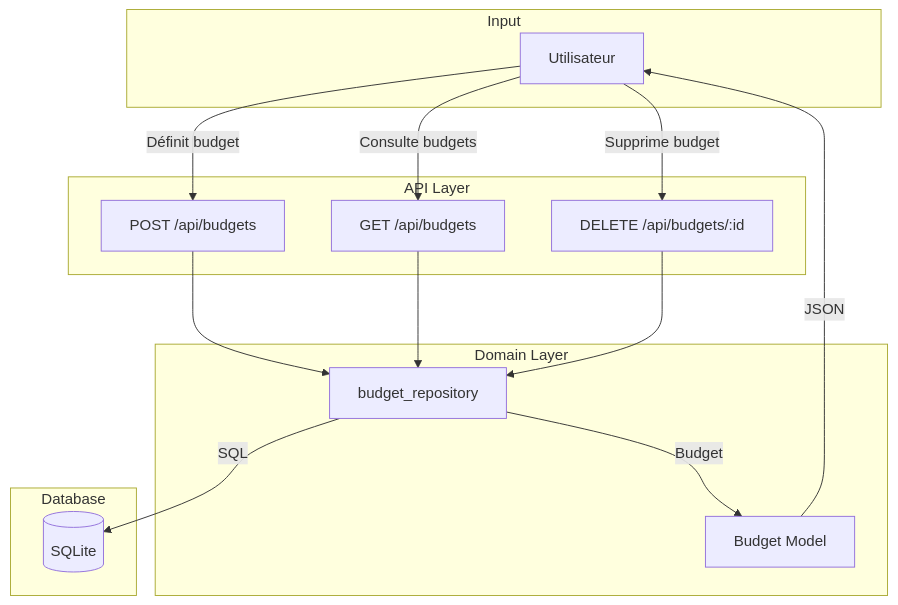
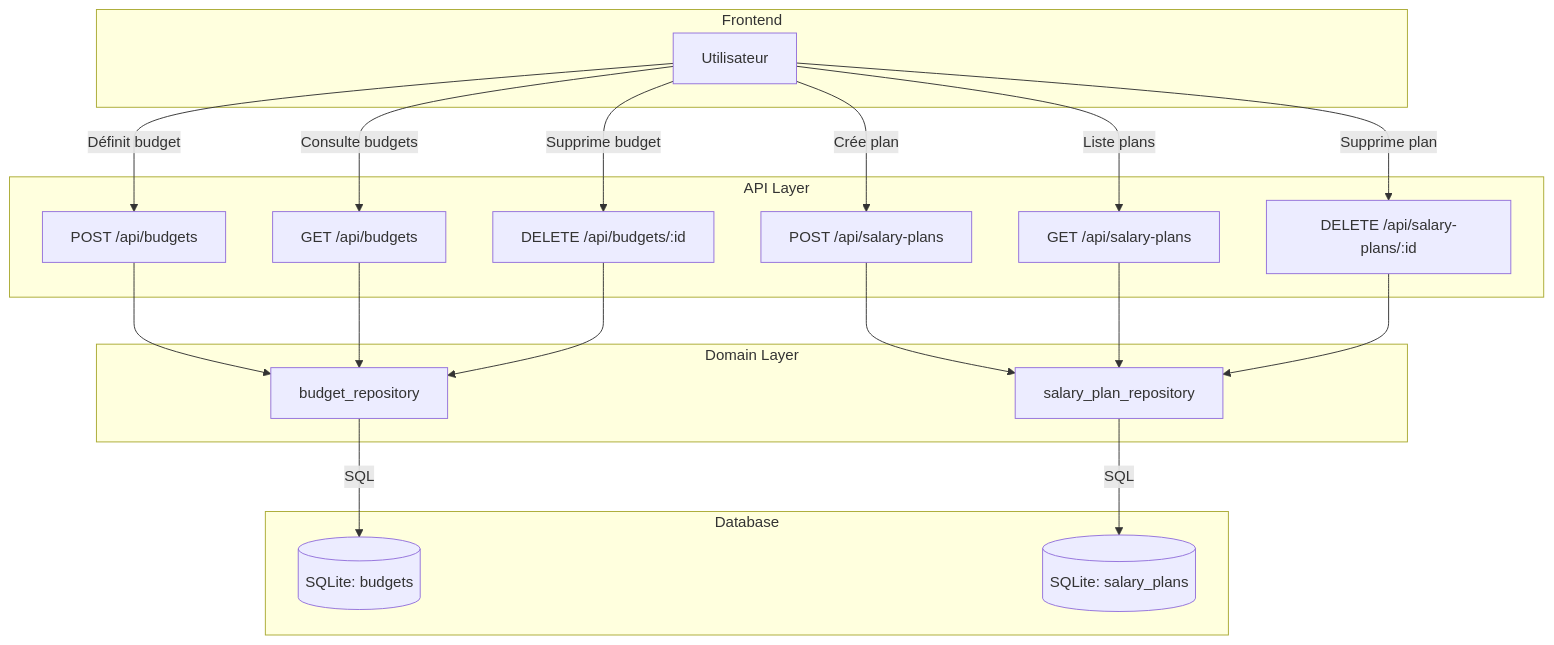
The diagram in backend/api/budgets/LOGIC_FLOW.md (mdjabi2005-commits/gestio-feature), drawn with Mermaid before and after one commit. The commit also changed other lines of this file and 4 other files, not shown here.

Commit message:
docs: update LOGIC_FLOW and README files - Add salary plans and strategic balance to budgets - Fix echeances data source (use /api/echeances not /api/dashboard) - Document paid status calculation and inclusion in calculations

````diff
--- a/backend/api/budgets/LOGIC_FLOW.md
+++ b/backend/api/budgets/LOGIC_FLOW.md
@@ -9,34 +23,44 @@
 ```mermaid
 graph TB
-    subgraph "Input"
+    subgraph "Frontend"
         User[Utilisateur]
     end
     
     subgraph "API Layer"
-        G[GET /api/budgets]
-        P[POST /api/budgets]
-        D[DELETE /api/budgets/:id]
+        GET_BUD[GET /api/budgets]
+        POST_BUD[POST /api/budgets]
+        DEL_BUD[DELETE /api/budgets/:id]
+        GET_SP[GET /api/salary-plans]
+        POST_SP[POST /api/salary-plans]
+        DEL_SP[DELETE /api/salary-plans/:id]
     end
     
     subgraph "Domain Layer"
-        Repo[budget_repository]
-        Model[Budget Model]
+        BudRepo[budget_repository]
+        SPRepo[salary_plan_repository]
     end
     
     subgraph "Database"
-        DB[(SQLite)]
+        BUD[(SQLite: budgets)]
+        SP[(SQLite: salary_plans)]
     end
     
-    User -->|Définit budget| P
-    User -->|Consulte budgets| G
-    User -->|Supprime budget| D
+    User -->|Définit budget| POST_BUD
+    User -->|Consulte budgets| GET_BUD
+    User -->|Supprime budget| DEL_BUD
     
-    P --> Repo
-    G --> Repo
-    D --> Repo
+    User -->|Crée plan| POST_SP
+    User -->|Liste plans| GET_SP
+    User -->|Supprime plan| DEL_SP
     
-    Repo -->|SQL| DB
-    Repo -->|Budget| Model
+    POST_BUD --> BudRepo
+    GET_BUD --> BudRepo
+    DEL_BUD --> BudRepo
     
-    Model -->|JSON| User
+    POST_SP --> SPRepo
+    GET_SP --> SPRepo
+    DEL_SP --> SPRepo
+    
+    BudRepo -->|SQL| BUD
+    SPRepo -->|SQL| SP
 ```
````
